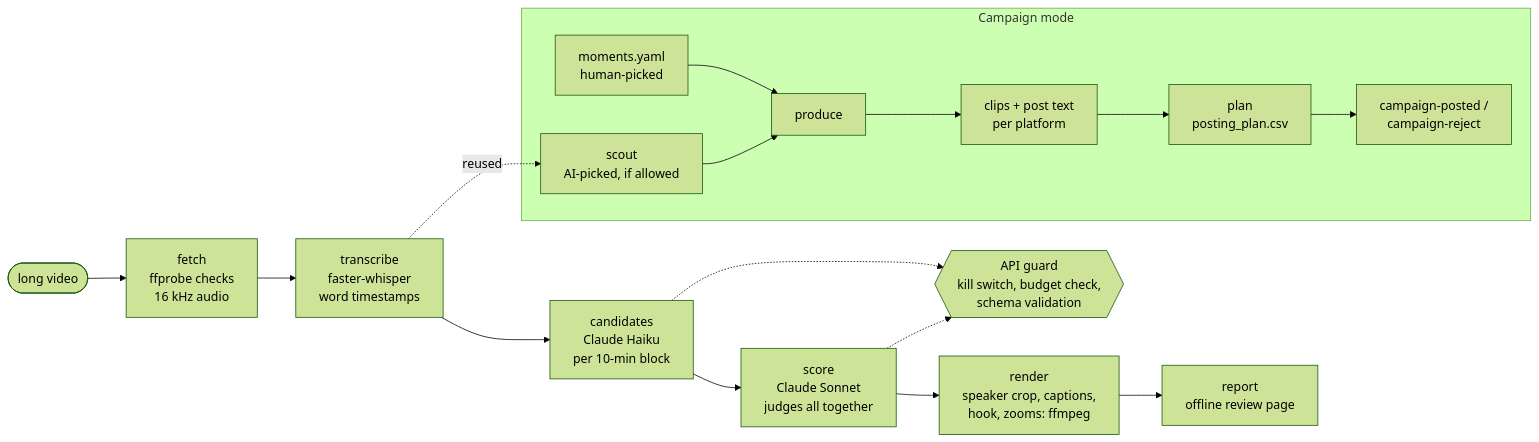
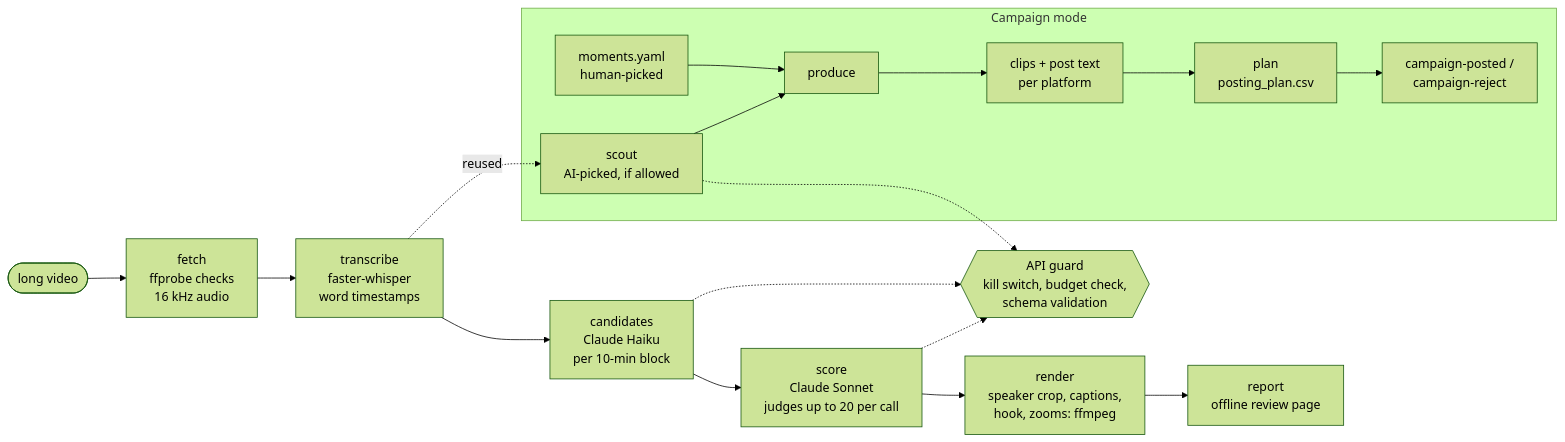
Before and after one commit to IgorMe1nyk/clip-machine: the diagram in README.md, drawn with Mermaid (forest theme). The commit also changed other lines of this file and 4 other files, not shown here.

````diff
--- a/README.md
+++ b/README.md
@@ -23,22 +23,23 @@
 ```mermaid
 flowchart LR
     IN([long video]) --> F[fetch<br/>ffprobe checks<br/>16 kHz audio]
     F --> T[transcribe<br/>faster-whisper<br/>word timestamps]
     T --> C[candidates<br/>Claude Haiku<br/>per 10-min block]
-    C --> S[score<br/>Claude Sonnet<br/>judges all together]
+    C --> S[score<br/>Claude Sonnet<br/>judges up to 20 per call]
     S --> R[render<br/>speaker crop, captions,<br/>hook, zooms: ffmpeg]
     R --> P[report<br/>offline review page]
 
     G{{API guard<br/>kill switch, budget check,<br/>schema validation}}
     C -.-> G
     S -.-> G
 
     subgraph Campaign mode
         M[moments.yaml<br/>human-picked] --> PR[produce]
         SC[scout<br/>AI-picked, if allowed] --> PR
         PR --> CL[clips + post text<br/>per platform]
         CL --> PL[plan<br/>posting_plan.csv]
         PL --> PO[campaign-posted /<br/>campaign-reject]
     end
     T -.reused.-> SC
+    SC -.-> G
 ```
````
